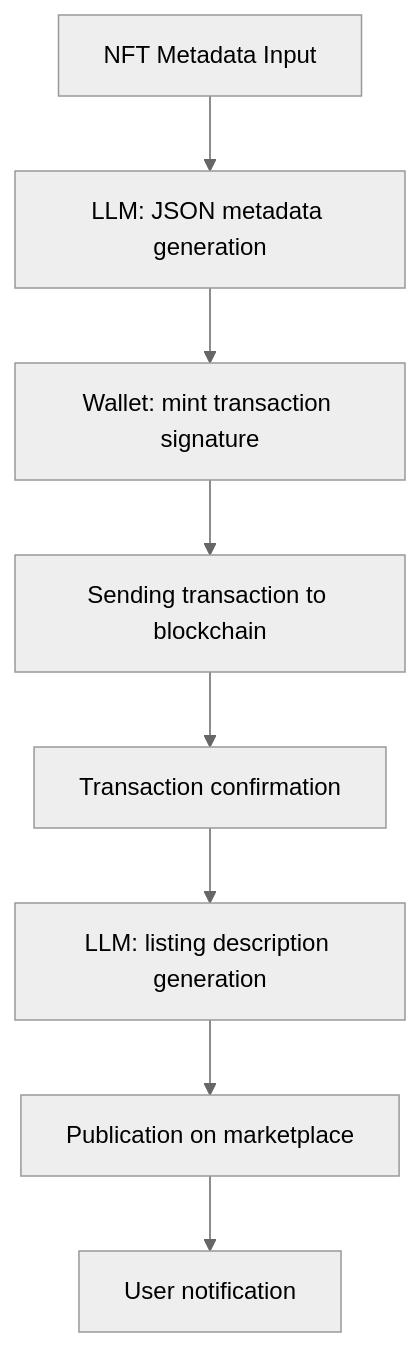
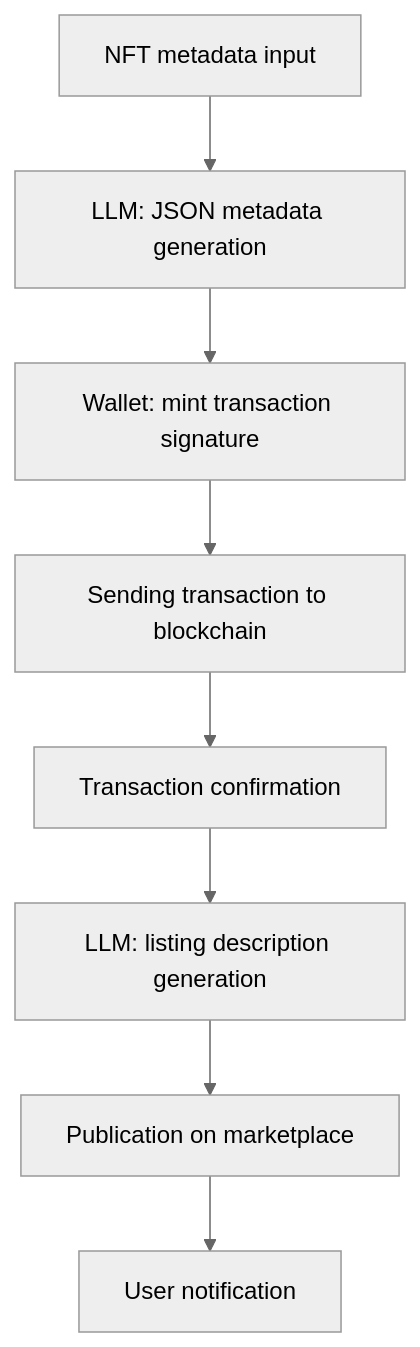
Before and after one commit to all-mute/learn-agents: the ninth of 12 diagrams in cognitive-book/docs/junior/_workflows-examples-p2.mdx, drawn with Mermaid (neutral theme). The commit also changed other lines of this file and 93 other files, not shown here.

````diff
--- a/cognitive-book/docs/junior/_workflows-examples-p2.mdx
+++ b/cognitive-book/docs/junior/_workflows-examples-p2.mdx
@@ -482,10 +482,10 @@
 ```mermaid
 flowchart TD
-    Metadata[NFT Metadata Input] --> LLMGenerate[LLM: JSON metadata generation]
+    Metadata[NFT metadata input] --> LLMGenerate[LLM: JSON metadata generation]
     LLMGenerate --> Sign[Wallet: mint transaction signature]
     Sign --> Blockchain[Sending transaction to blockchain]
     Blockchain --> Confirm[Transaction confirmation]
     Confirm --> LLMDesc[LLM: listing description generation]
     LLMDesc --> Marketplace[Publication on marketplace]
     Marketplace --> Notify[User notification]
 ```
````
